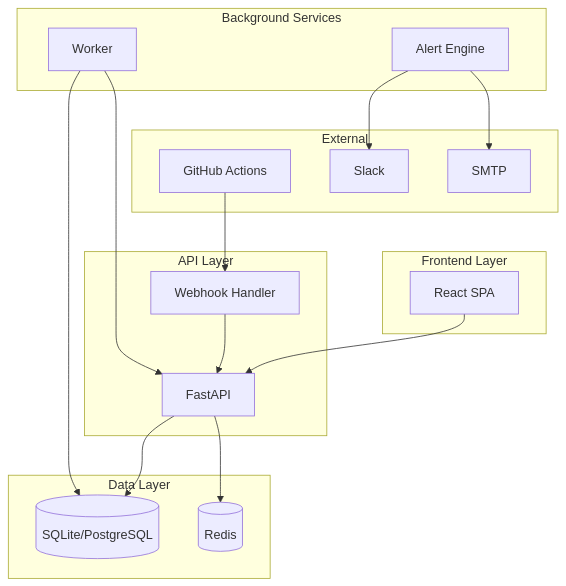
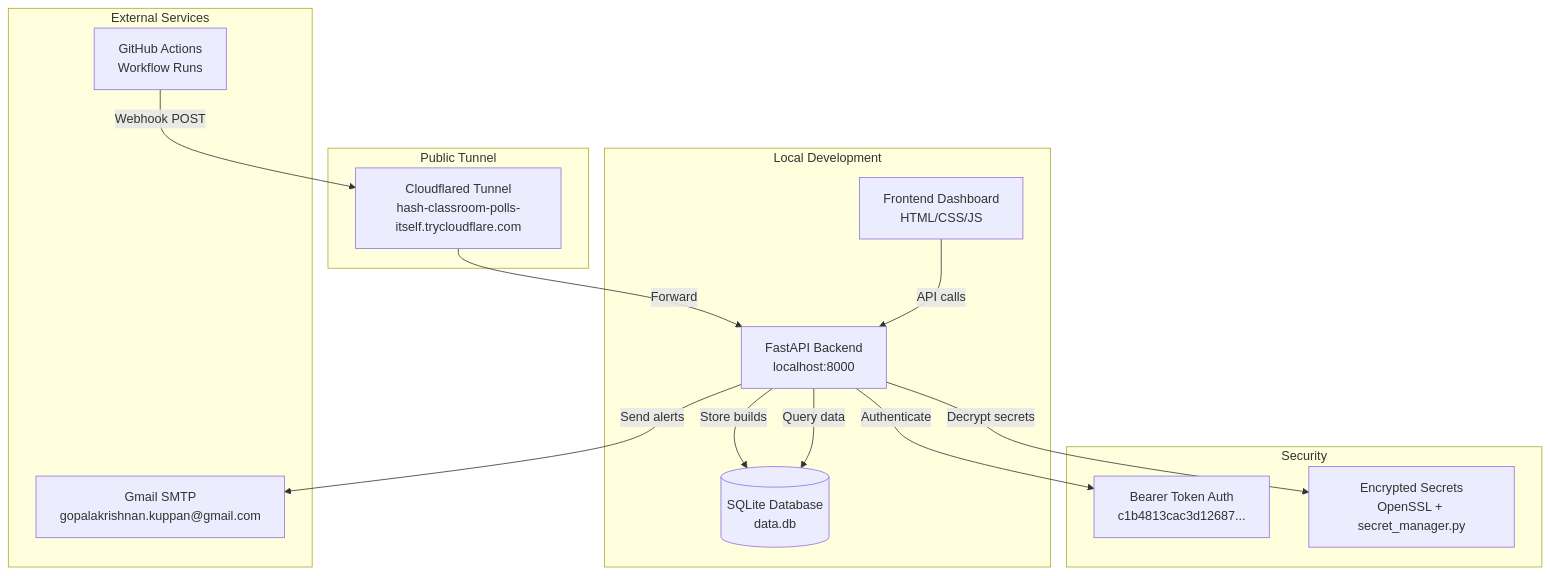
Before and after one commit to nandhu-devops/cicd-pipeline-dashboard: the second of 2 diagrams in docs/tech_design_document.md, drawn with Mermaid. The commit also changed other lines of this file and 1 other file, not shown here.

````diff
--- a/docs/tech_design_document.md
+++ b/docs/tech_design_document.md
@@ -42,37 +43,31 @@
 ```mermaid
 graph TB
-    subgraph "Frontend Layer"
-        F[React SPA]
+    subgraph "External Services"
+        GH[GitHub Actions<br/>Workflow Runs]
+        GMAIL[Gmail SMTP<br/>gopalakrishnan.kuppan@gmail.com]
     end
     
-    subgraph "API Layer"
-        API[FastAPI]
-        WH[Webhook Handler]
+    subgraph "Public Tunnel"
+        CF[Cloudflared Tunnel<br/>hash-classroom-polls-itself.trycloudflare.com]
     end
     
-    subgraph "Data Layer"
-        DB[(SQLite/PostgreSQL)]
-        CACHE[(Redis)]
+    subgraph "Local Development"
+        API[FastAPI Backend<br/>localhost:8000]
+        DB[(SQLite Database<br/>data.db)]
+        FRONTEND[Frontend Dashboard<br/>HTML/CSS/JS]
     end
     
-    subgraph "Background Services"
-        W[Worker]
-        AE[Alert Engine]
+    subgraph "Security"
+        AUTH[Bearer Token Auth<br/>c1b4813cac3d12687...]
+        SECRETS[Encrypted Secrets<br/>OpenSSL + secret_manager.py]
     end
     
-    subgraph "External"
-        GH[GitHub Actions]
-        SL[Slack]
-        EM[SMTP]
-    end
-    
-    F --> API
-    GH --> WH
-    WH --> API
-    API --> DB
-    API --> CACHE
-    W --> API
-    W --> DB
-    AE --> SL
-    AE --> EM
+    GH -->|Webhook POST| CF
+    CF -->|Forward| API
+    API -->|Store builds| DB
+    API -->|Query data| DB
+    API -->|Send alerts| GMAIL
+    FRONTEND -->|API calls| API
+    API -->|Authenticate| AUTH
+    API -->|Decrypt secrets| SECRETS
 ```
````
